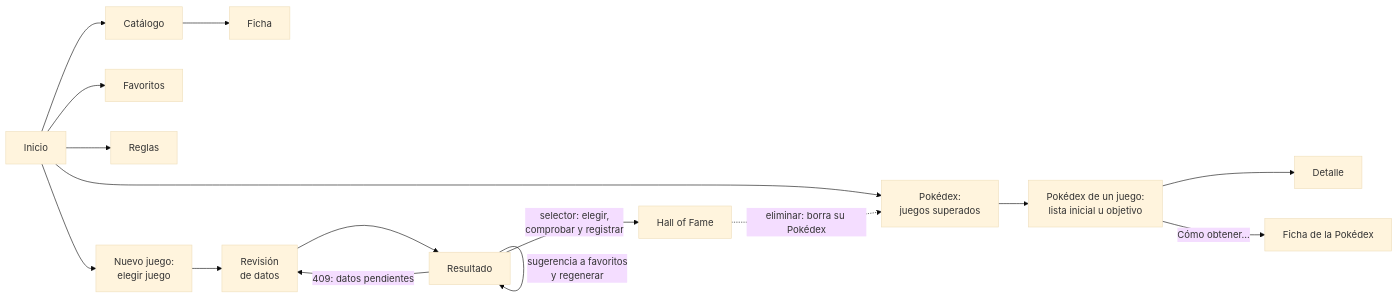
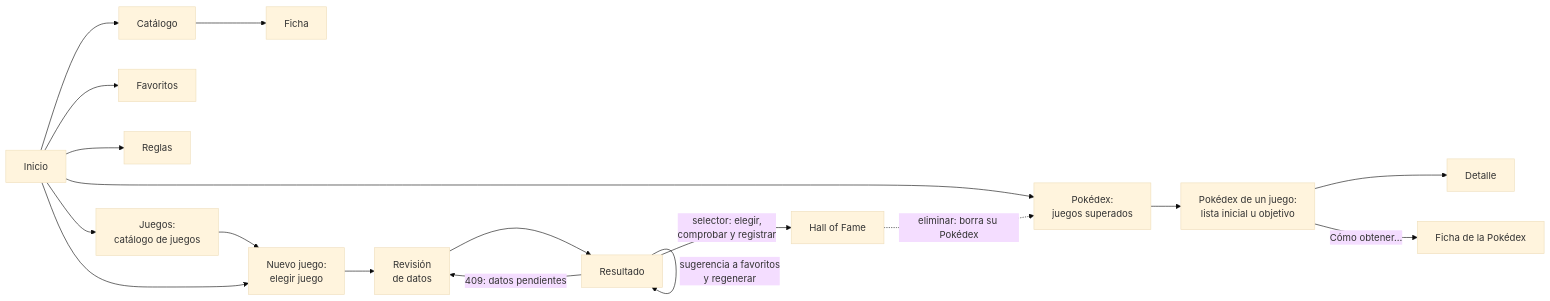
One commit to AlbertoMercado/pokemon-team-builder changed the diagram in docs/02-ddt/web.md. Above: the diagram before and after it, drawn with Mermaid (base theme). The commit also changed other lines of this file and 19 other files, not shown here.

````diff
--- a/docs/02-ddt/web.md
+++ b/docs/02-ddt/web.md
@@ -12,14 +12,15 @@
 ```mermaid
 flowchart LR
     I["Inicio"] --> C["Catálogo"] --> F["Ficha"]
     I --> FAV["Favoritos"]
     I --> R["Reglas"]
+    I --> CJ["Juegos:<br/>catálogo de juegos"] --> J
     I --> J["Nuevo juego:<br/>elegir juego"] --> REV["Revisión<br/>de datos"] --> RES["Resultado"]
     RES -- "selector: elegir,<br/>comprobar y registrar" --> H["Hall of Fame"]
     RES -- "sugerencia a favoritos<br/>y regenerar" --> RES
     RES -- "409: datos pendientes" --> REV
     I --> P["Pokédex:<br/>juegos superados"] --> PG["Pokédex de un juego:<br/>lista inicial u objetivo"]
     PG --> PD["Detalle"]
     PG -- "Cómo obtener…" --> PP["Ficha de la Pokédex"]
     H -. "eliminar: borra su Pokédex" .-> P
 ```
````
